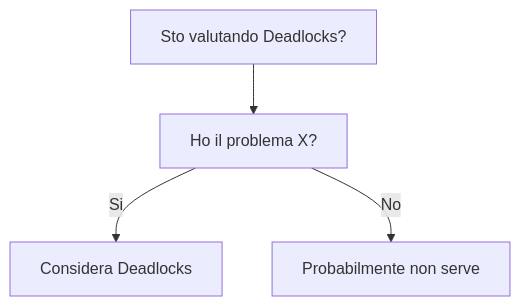
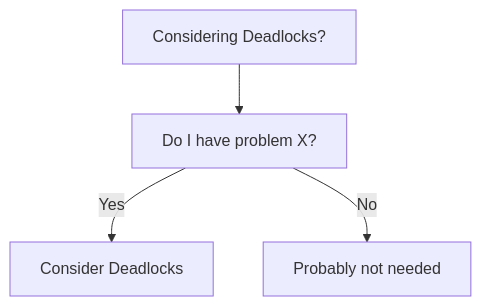
Before and after one commit to HxT9/Software-Dev-Wiki: the diagram in dev-wiki/04_Concurrency/Deadlocks/When_To_Use.md, drawn with Mermaid. The commit also changed other lines of this file and 3444 other files, not shown here.

````diff
--- a/dev-wiki/04_Concurrency/Deadlocks/When_To_Use.md
+++ b/dev-wiki/04_Concurrency/Deadlocks/When_To_Use.md
@@ -19,6 +19,6 @@
 ```mermaid
 flowchart TD
-  Q[Sto valutando Deadlocks?] --> Q1[Ho il problema X?]
-  Q1 -->|Si| OK[Considera Deadlocks]
-  Q1 -->|No| NO[Probabilmente non serve]
+  Q[Considering Deadlocks?] --> Q1[Do I have problem X?]
+  Q1 -->|Yes| OK[Consider Deadlocks]
+  Q1 -->|No| NO[Probably not needed]
 ```
````
